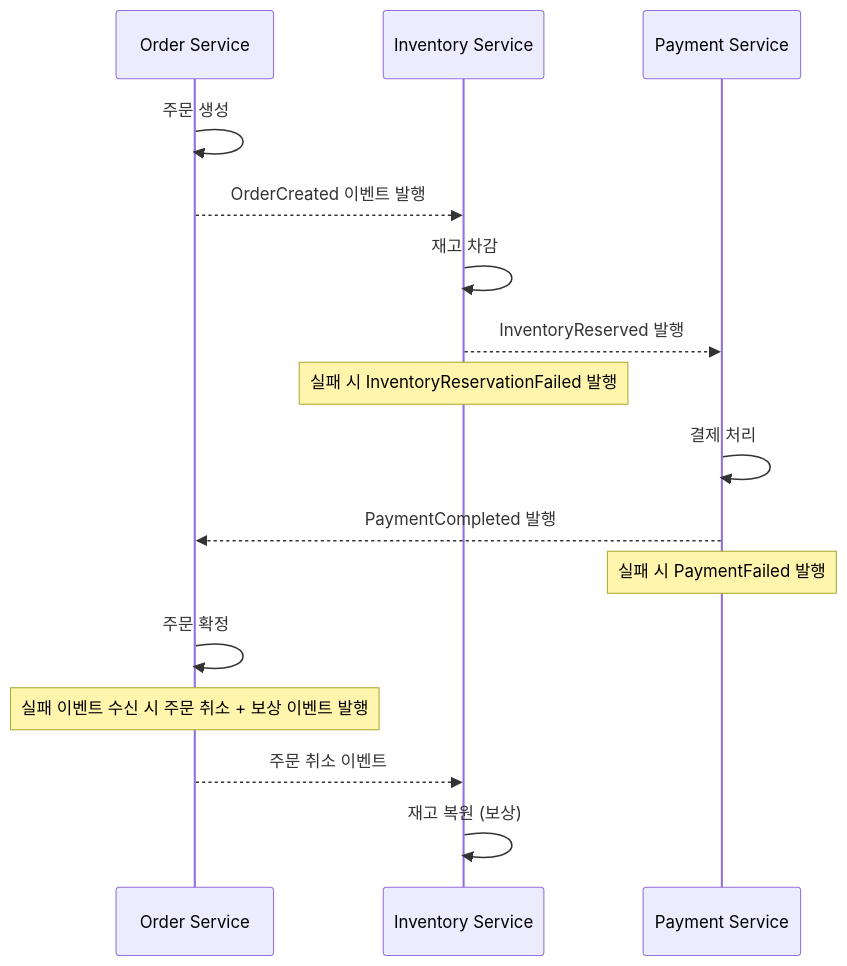
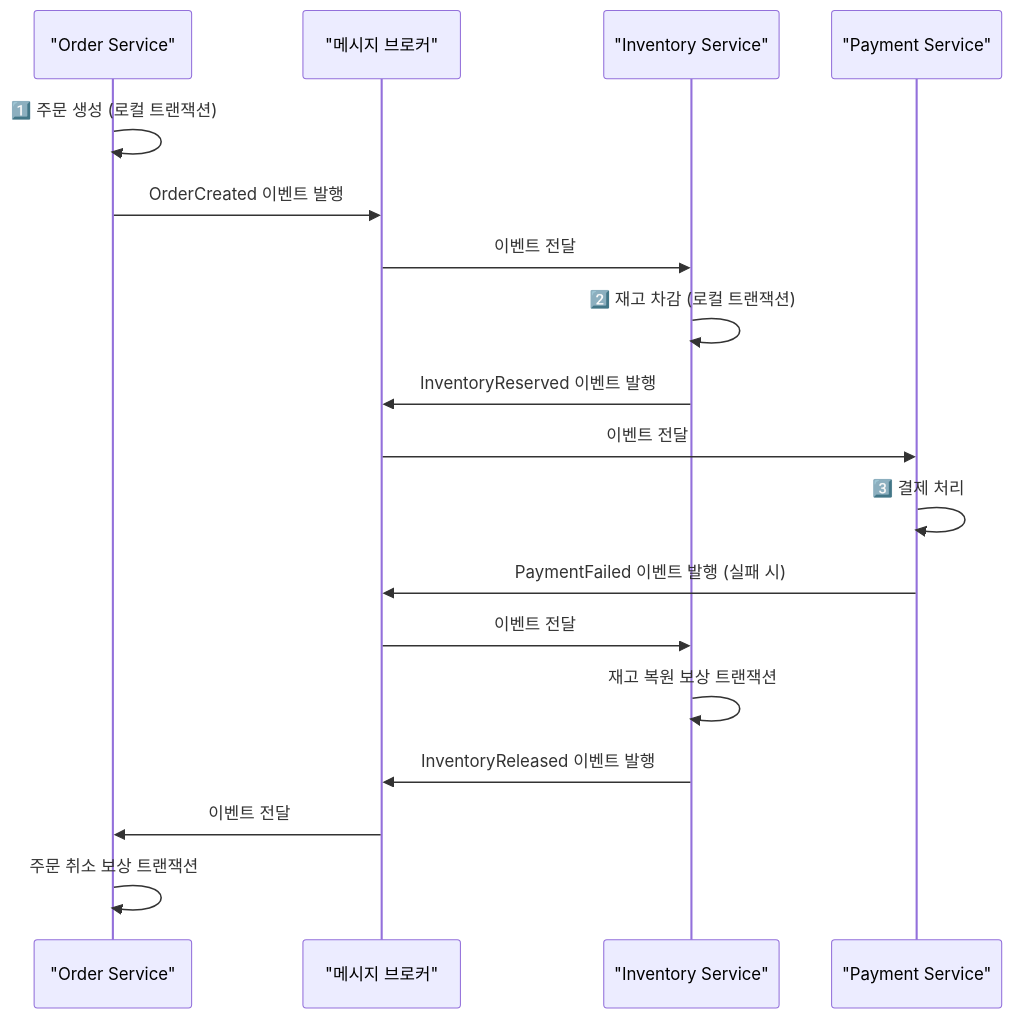
One commit to yjkim2015/yjkim2015.github.io changed the fourth of 8 diagrams in _posts/spring/2026-05-01-distributed-transaction.md. Above: the diagram before and after it, drawn with Mermaid. The commit also changed other lines of this file and 34 other files, not shown here.

First line of the commit message:
Full quality pass: 41 files — ASCII removed, 동작원리 보강, diagrams

```diff
--- a/_posts/spring/2026-05-01-distributed-transaction.md
+++ b/_posts/spring/2026-05-01-distributed-transaction.md
@@ -172,19 +121,21 @@
 <div class="mermaid">
 sequenceDiagram
-    participant OS as Order Service
-    participant IS as Inventory Service
-    participant PS as Payment Service
+    participant OS as "Order Service"
+    participant MQ as "메시지 브로커"
+    participant IS as "Inventory Service"
+    participant PS as "Payment Service"
 
-    OS->>OS: 주문 생성
-    OS-->>IS: OrderCreated 이벤트 발행
-    IS->>IS: 재고 차감
-    IS-->>PS: InventoryReserved 발행
-    Note over IS: 실패 시 InventoryReservationFailed 발행
-    PS->>PS: 결제 처리
-    PS-->>OS: PaymentCompleted 발행
-    Note over PS: 실패 시 PaymentFailed 발행
-    OS->>OS: 주문 확정
-    Note over OS: 실패 이벤트 수신 시 주문 취소 + 보상 이벤트 발행
-    OS-->>IS: 주문 취소 이벤트
-    IS->>IS: 재고 복원 (보상)
+    OS->>OS: 1️⃣ 주문 생성 (로컬 트랜잭션)
+    OS->>MQ: OrderCreated 이벤트 발행
+    MQ->>IS: 이벤트 전달
+    IS->>IS: 2️⃣ 재고 차감 (로컬 트랜잭션)
+    IS->>MQ: InventoryReserved 이벤트 발행
+    MQ->>PS: 이벤트 전달
+    PS->>PS: 3️⃣ 결제 처리
+    PS->>MQ: PaymentFailed 이벤트 발행 (실패 시)
+    MQ->>IS: 이벤트 전달
+    IS->>IS: 재고 복원 보상 트랜잭션
+    IS->>MQ: InventoryReleased 이벤트 발행
+    MQ->>OS: 이벤트 전달
+    OS->>OS: 주문 취소 보상 트랜잭션
 </div>
```
